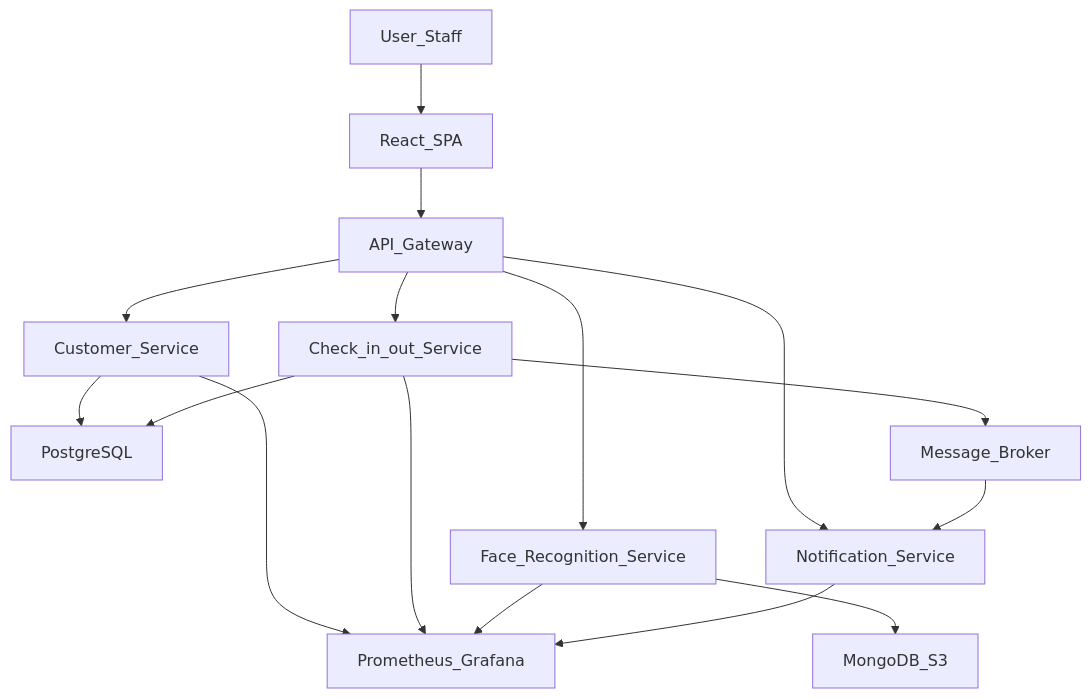
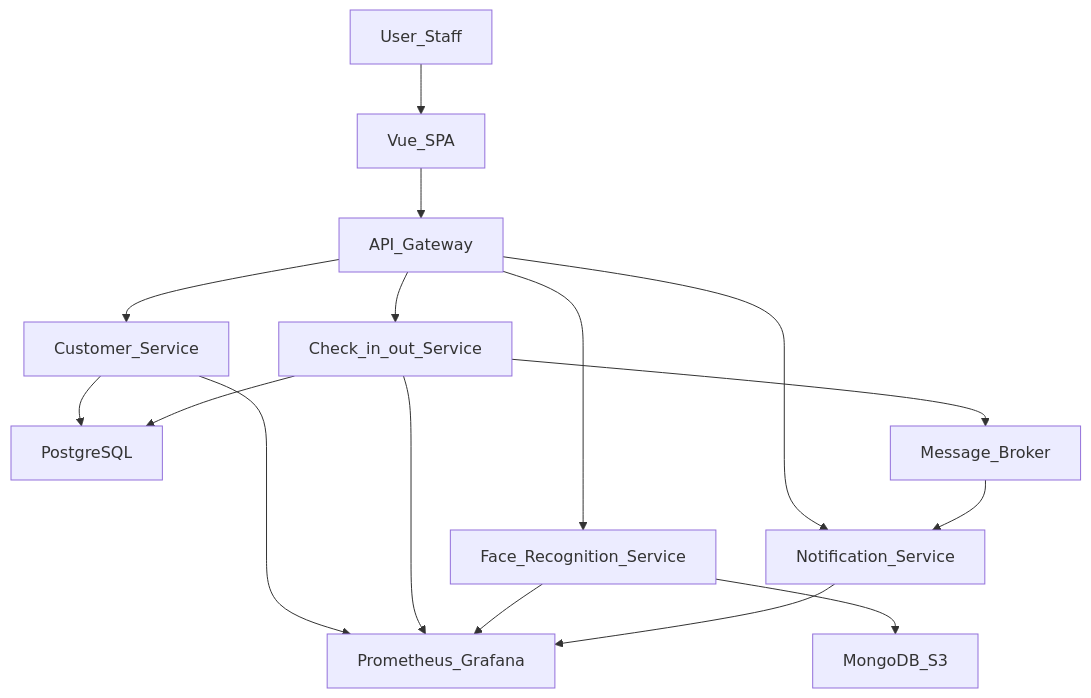
The diagram in docs/architecture.md (hkthao/gym-flow), drawn with Mermaid before and after one commit. The commit also changed other lines of this file and 3 other files, not shown here.

````diff
--- a/docs/architecture.md
+++ b/docs/architecture.md
@@ -44,18 +44,18 @@
 ```mermaid
 graph TD;
-    User_Staff-->React_SPA;
-    React_SPA-->API_Gateway;
+    User_Staff-->Vue_SPA;
+    Vue_SPA-->API_Gateway;
     API_Gateway-->Customer_Service;
     API_Gateway-->Check_in_out_Service;
     API_Gateway-->Face_Recognition_Service;
     API_Gateway-->Notification_Service;
     Customer_Service-->PostgreSQL;
     Check_in_out_Service-->PostgreSQL;
     Face_Recognition_Service-->MongoDB_S3;
     Check_in_out_Service-->Message_Broker;
     Message_Broker-->Notification_Service;
     Customer_Service-->Prometheus_Grafana;
     Check_in_out_Service-->Prometheus_Grafana;
     Face_Recognition_Service-->Prometheus_Grafana;
     Notification_Service-->Prometheus_Grafana;
 ```
````
